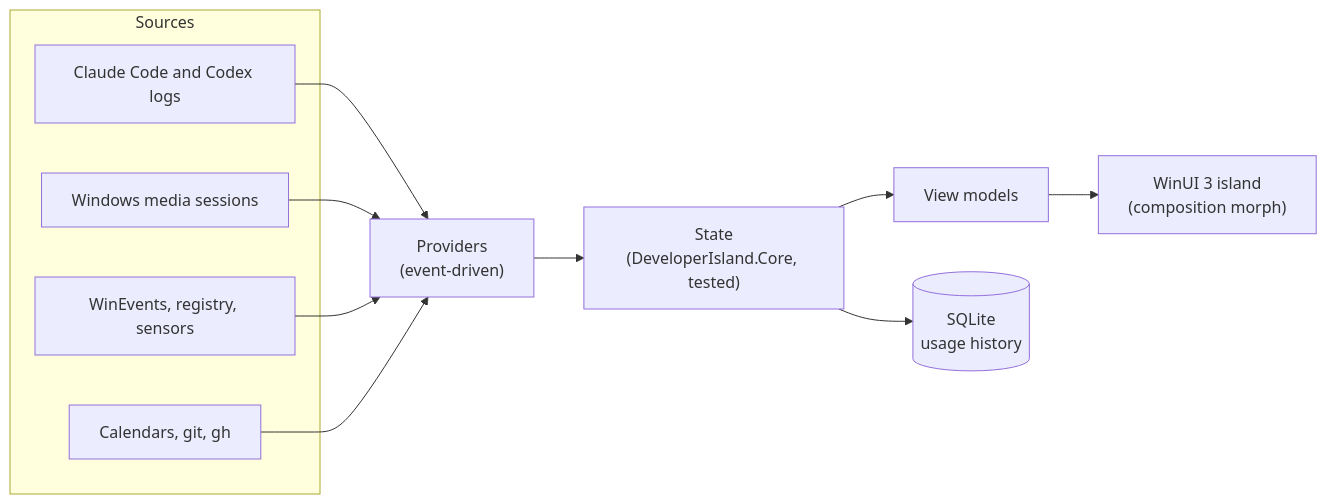
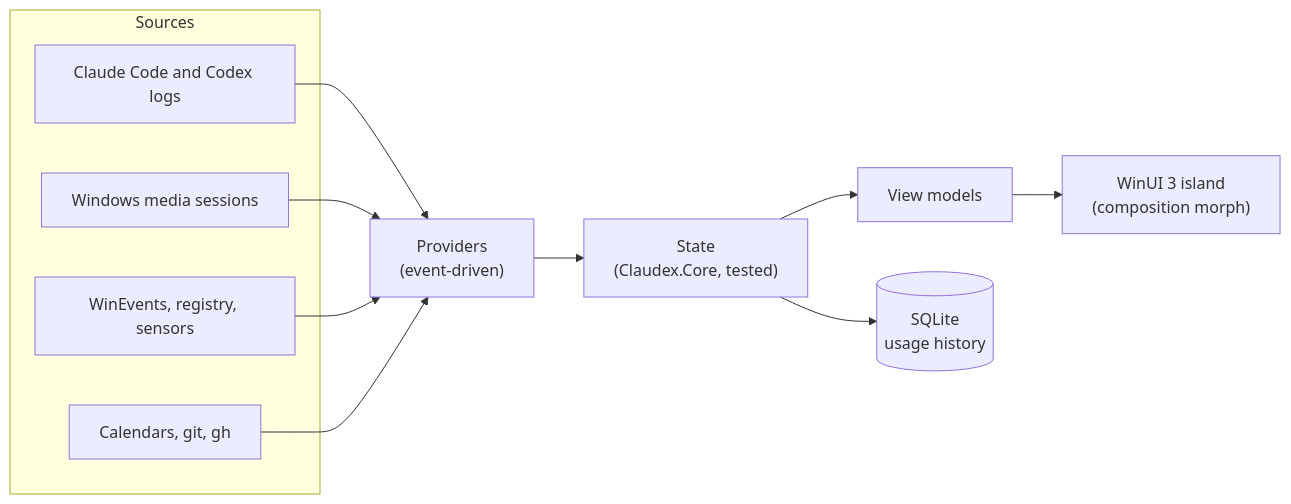
The diagram in README.md (soybean-alien/Quotalis), drawn with Mermaid before and after one commit. The commit also changed other lines of this file and 457 other files, not shown here.

First line of the commit message:
Fork Developer Island 0.3.0 as Claudex 0.1.0

````diff
--- a/README.md
+++ b/README.md
@@ -130,14 +132,14 @@
 ```mermaid
 flowchart LR
     subgraph Sources
         L["Claude Code and Codex logs"]
         M["Windows media sessions"]
         W["WinEvents, registry, sensors"]
         C["Calendars, git, gh"]
     end
     L & M & W & C --> P["Providers<br/>(event-driven)"]
-    P --> S["State<br/>(DeveloperIsland.Core, tested)"]
+    P --> S["State<br/>(Claudex.Core, tested)"]
     S --> V["View models"]
     V --> UI["WinUI 3 island<br/>(composition morph)"]
     S --> DB[("SQLite<br/>usage history")]
 ```
````
